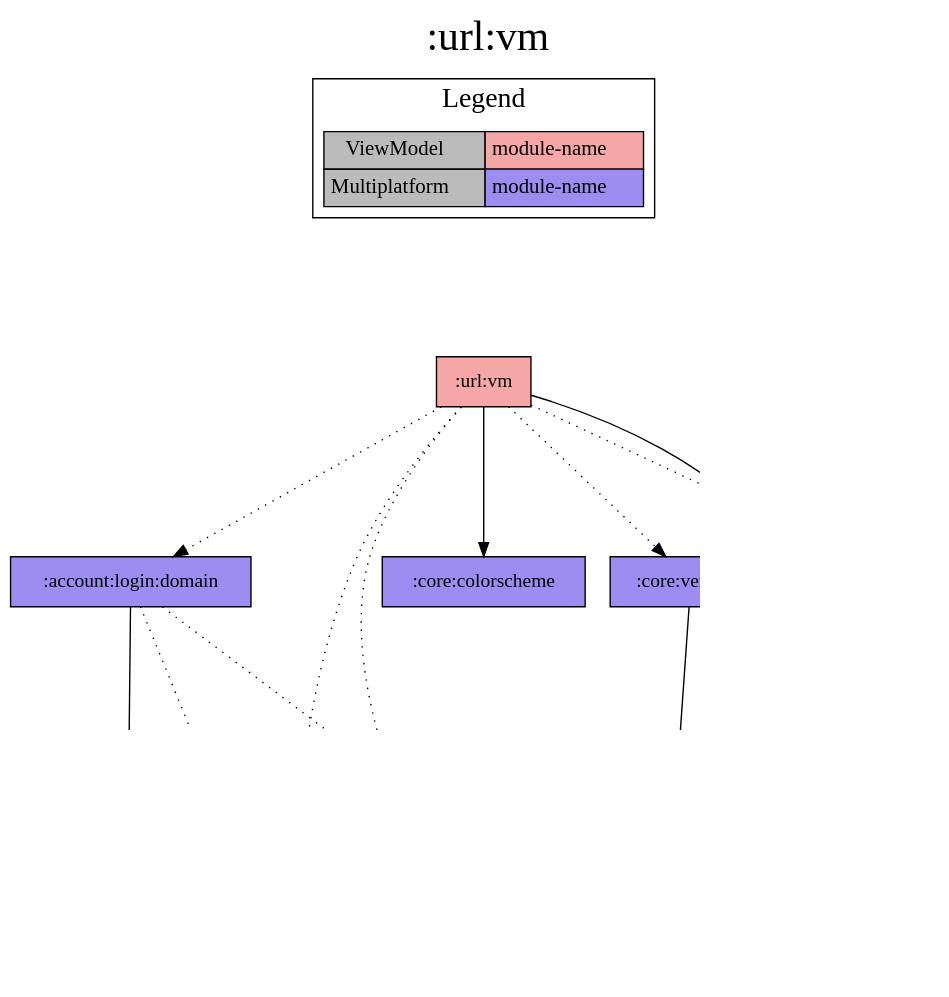
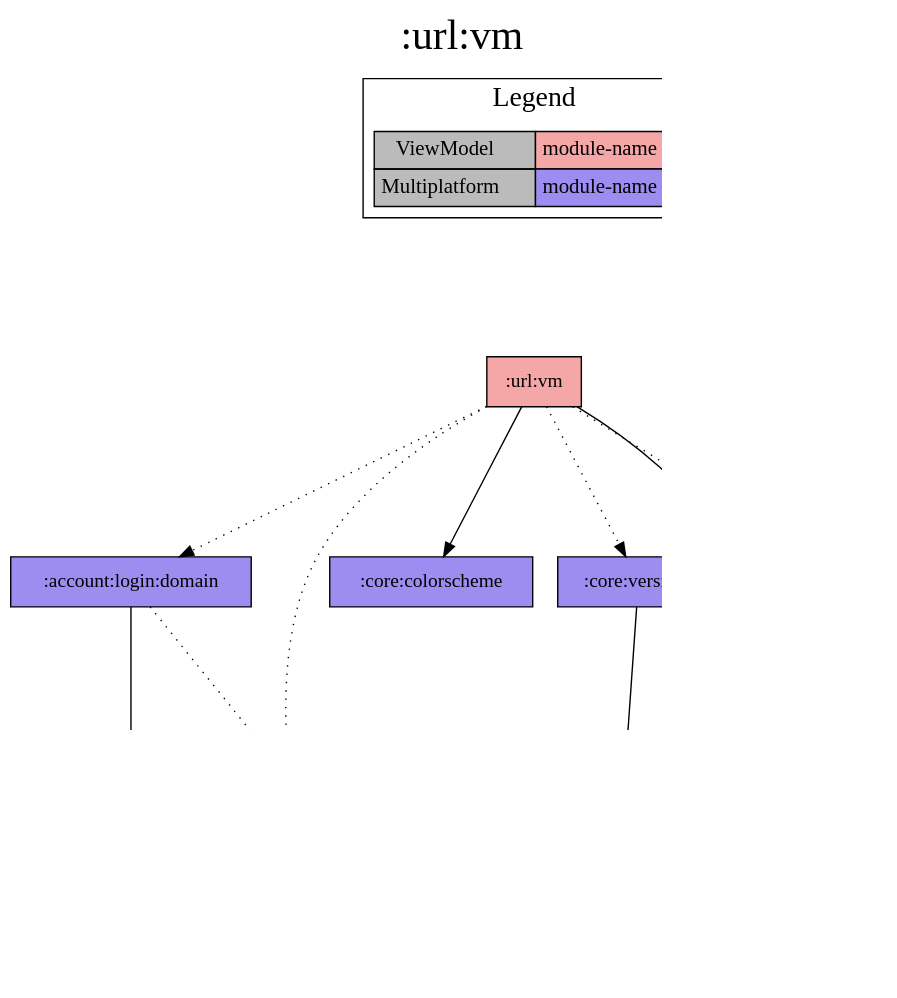
The diagram in modules/url/vm/project-dependency-graph.dot (jonapoul/aktual), drawn with Graphviz before and after one commit. The commit also changed 66 other files, not shown here.

Commit message:
Remove api:core

```diff
--- a/modules/url/vm/project-dependency-graph.dot
+++ b/modules/url/vm/project-dependency-graph.dot
@@ -1,46 +1,42 @@
 digraph {
 edge ["dir"="forward"]
 graph ["dpi"="100","label"=":url:vm","labelloc"="t","fontsize"="30","ranksep"="1.5","rankdir"="TB"]
 node ["style"="filled"]
 ":account:login:domain" ["fillcolor"="#9D8DF1","shape"="box"]
 ":account:model" ["fillcolor"="#9D8DF1","shape"="box"]
 ":api:actual" ["fillcolor"="#9D8DF1","shape"="box"]
-":api:core" ["fillcolor"="#9D8DF1","shape"="box"]
 ":budget:model" ["fillcolor"="#9D8DF1","shape"="box"]
 ":core:buildconfig" ["fillcolor"="#9D8DF1","shape"="box"]
 ":core:colorscheme" ["fillcolor"="#9D8DF1","shape"="box"]
 ":core:versions" ["fillcolor"="#9D8DF1","shape"="box"]
 ":url:model" ["fillcolor"="#9D8DF1","shape"="box"]
 ":url:prefs" ["fillcolor"="#9D8DF1","shape"="box"]
 ":url:vm" ["fillcolor"="#F5A6A6","shape"="box"]
 {
 edge ["dir"="none"]
 graph ["rank"="same"]
 }
 ":account:login:domain" -> ":account:model"
 ":account:login:domain" -> ":api:actual" ["style"="dotted"]
-":account:login:domain" -> ":api:core" ["style"="dotted"]
 ":api:actual" -> ":account:model"
-":api:actual" -> ":api:core" ["style"="dotted"]
 ":api:actual" -> ":budget:model"
 ":api:actual" -> ":url:model"
 ":core:versions" -> ":core:buildconfig"
 ":url:prefs" -> ":url:model"
 ":url:vm" -> ":account:login:domain" ["style"="dotted"]
 ":url:vm" -> ":api:actual" ["style"="dotted"]
-":url:vm" -> ":api:core" ["style"="dotted"]
 ":url:vm" -> ":core:colorscheme"
 ":url:vm" -> ":core:versions" ["style"="dotted"]
 ":url:vm" -> ":url:model"
 ":url:vm" -> ":url:prefs" ["style"="dotted"]
 subgraph "cluster_legend" {
 edge ["dir"="none"]
 graph ["label"="Legend","fontsize"="20"]
 "Legend" ["style"="filled","fillcolor"="#bbbbbb","shape"="none","margin"="0","fontsize"="15","label"=<
 <TABLE BORDER="0" CELLBORDER="1" CELLSPACING="0" CELLPADDING="4">
 <TR><TD>ViewModel</TD><TD BGCOLOR="#F5A6A6">module-name</TD></TR>
 <TR><TD>Multiplatform</TD><TD BGCOLOR="#9D8DF1">module-name</TD></TR>
 </TABLE>
 >]
 } -> ":url:vm" ["style"="invis"]
 }
```
